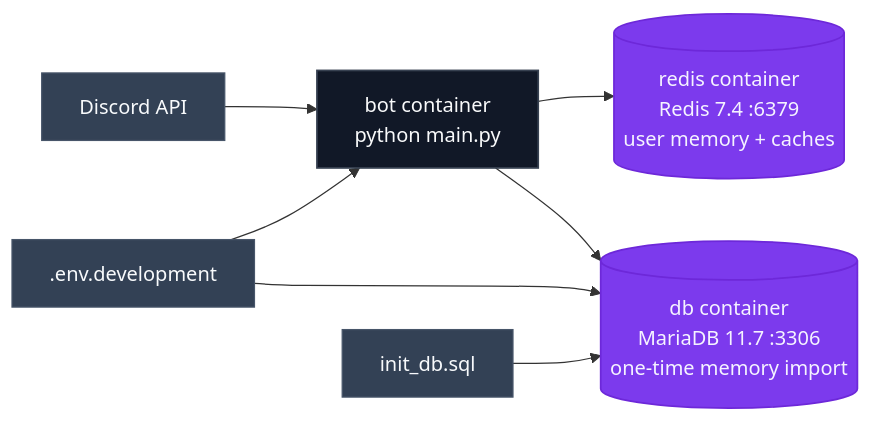
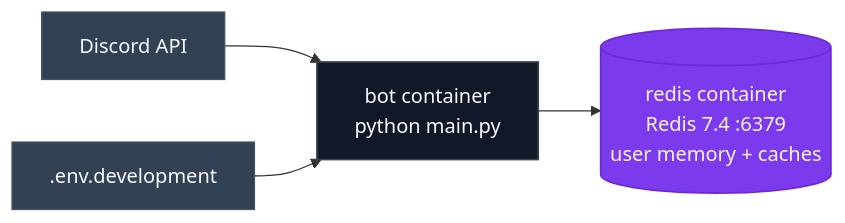
The fifth of 5 diagrams in docs/architecture.md (jobeus/cmwgpt), drawn with Mermaid before and after one commit. The commit also changed other lines of this file and 30 other files, not shown here.

First line of the commit message:
chore(storage): remove MariaDB now that memory lives in Redis

````diff
--- a/docs/architecture.md
+++ b/docs/architecture.md
@@ -246,14 +245,11 @@
 ```mermaid
 flowchart LR
     classDef ext fill:#334155,color:#f8fafc,stroke:#475569,stroke-width:1px;
     classDef ctr fill:#111827,color:#f9fafb,stroke:#374151,stroke-width:1.4px;
     classDef db fill:#7c3aed,color:#f5f3ff,stroke:#6d28d9,stroke-width:1.4px;
 
     Discord[Discord API]:::ext --> Bot[bot container<br/>python main.py]:::ctr
     Bot --> Redis[(redis container<br/>Redis 7.4 :6379<br/>user memory + caches)]:::db
-    Bot --> Maria[(db container<br/>MariaDB 11.7 :3306<br/>one-time memory import)]:::db
 
     Env[.env.development]:::ext --> Bot
-    Env --> Maria
-    SQL[init_db.sql]:::ext --> Maria
 ```
````
